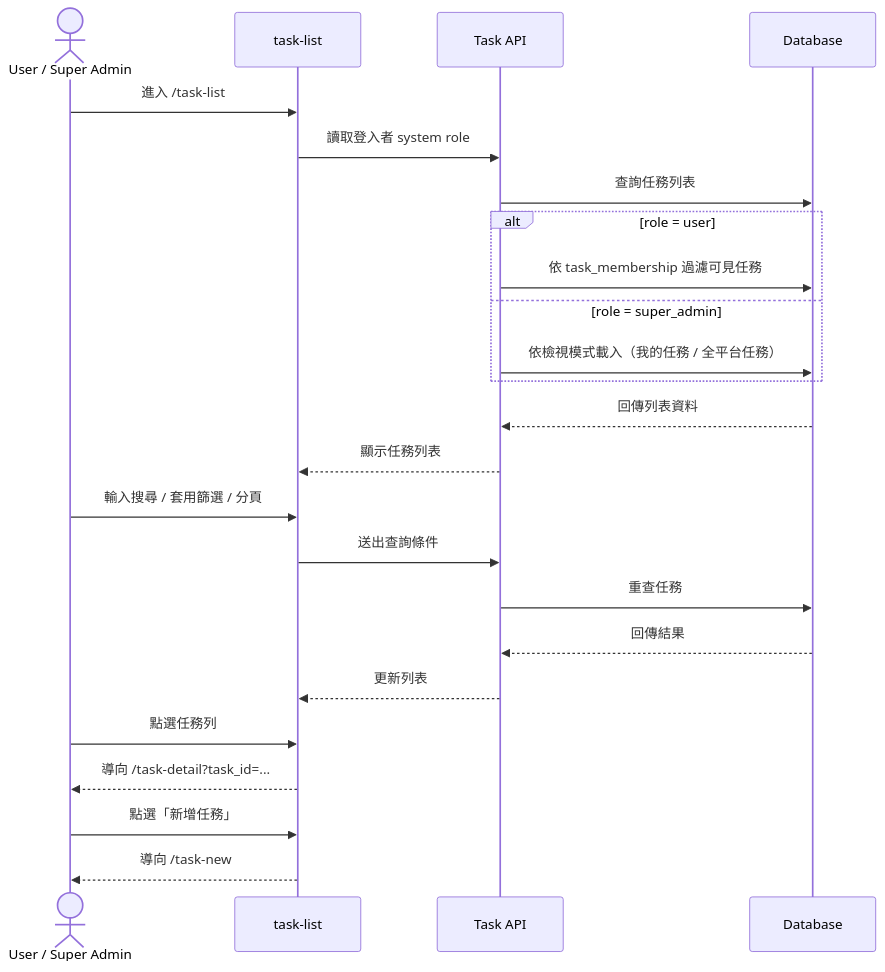
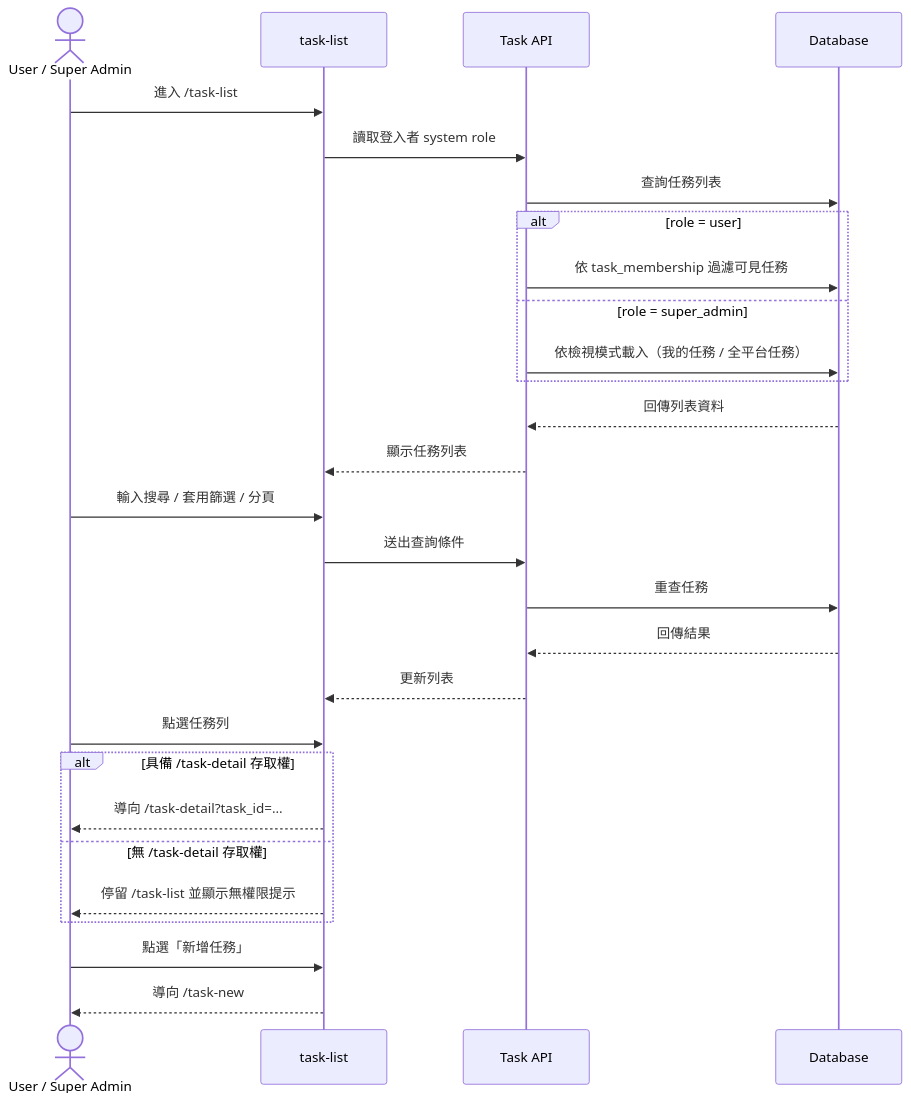
The first of 2 diagrams in specs/task-management/010-task-list/spec.md (singyichen/label-suite), drawn with Mermaid before and after one commit. The commit also changed other lines of this file and 2 other files, not shown here.

Commit message:
docs(specs): clarify task management specs 010/013/014

````diff
--- a/specs/task-management/010-task-list/spec.md
+++ b/specs/task-management/010-task-list/spec.md
@@ -21,30 +23,34 @@
 ```mermaid
 sequenceDiagram
     actor U as User / Super Admin
     participant UI as task-list
     participant API as Task API
     participant DB as Database
 
     U->>UI: 進入 /task-list
     UI->>API: 讀取登入者 system role
     API->>DB: 查詢任務列表
     alt role = user
         API->>DB: 依 task_membership 過濾可見任務
     else role = super_admin
         API->>DB: 依檢視模式載入（我的任務 / 全平台任務）
     end
     DB-->>API: 回傳列表資料
     API-->>UI: 顯示任務列表
 
     U->>UI: 輸入搜尋 / 套用篩選 / 分頁
     UI->>API: 送出查詢條件
     API->>DB: 重查任務
     DB-->>API: 回傳結果
     API-->>UI: 更新列表
 
     U->>UI: 點選任務列
-    UI-->>U: 導向 /task-detail?task_id=...
+    alt 具備 /task-detail 存取權
+        UI-->>U: 導向 /task-detail?task_id=...
+    else 無 /task-detail 存取權
+        UI-->>U: 停留 /task-list 並顯示無權限提示
+    end
 
     U->>UI: 點選「新增任務」
     UI-->>U: 導向 /task-new
 ```
````
